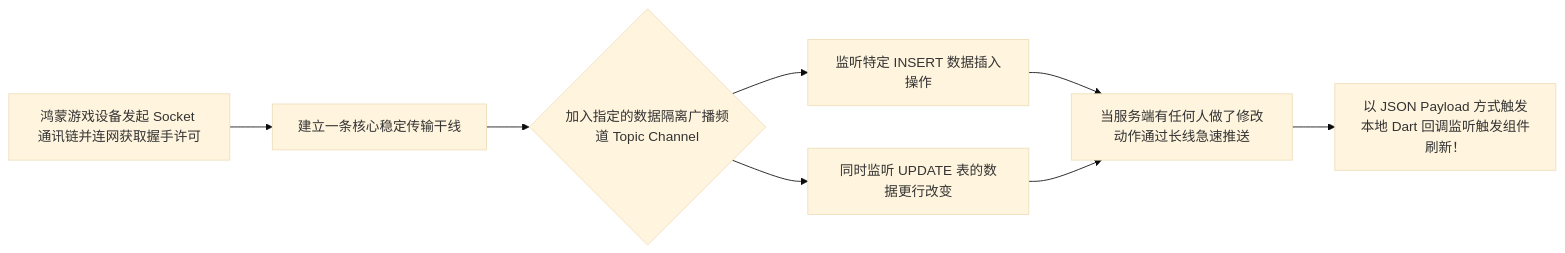
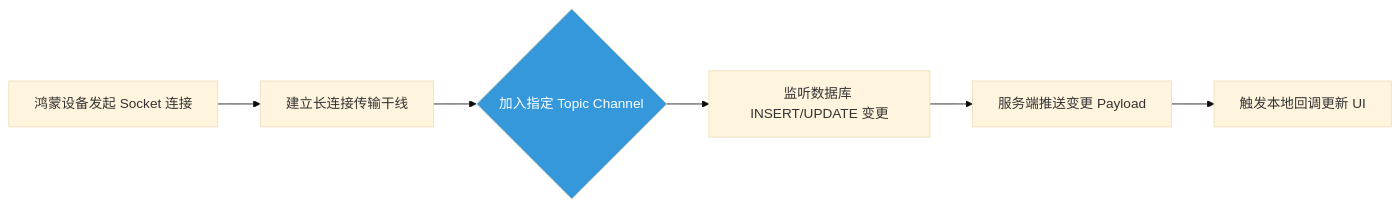
The diagram in posts/2026/0221/realtime_client.md (happyphper/blog), drawn with Mermaid (base theme) before and after one commit. The commit also changed other lines of this file and 5 other files, not shown here.

````diff
--- a/posts/2026/0221/realtime_client.md
+++ b/posts/2026/0221/realtime_client.md
@@ -16,9 +30,9 @@
 ```mermaid
 graph LR
-    A[鸿蒙游戏设备发起 Socket 通讯链并连网获取握手许可] --> B[建立一条核心稳定传输干线]
-    B --> C{加入指定的数据隔离广播频道 Topic Channel}
-    C --> D[监听特定 INSERT 数据插入操作]
-    C --> E[同时监听 UPDATE 表的数据更行改变]
-    D & E --> F[当服务端有任何人做了修改动作通过长线急速推送]
-    F --> G[以 JSON Payload 方式触发本地 Dart 回调监听触发组件刷新！]
+    A[鸿蒙设备发起 Socket 连接] --> B[建立长连接传输干线]
+    B --> C{加入指定 Topic Channel}
+    C --> D[监听数据库 INSERT/UPDATE 变更]
+    D --> E[服务端推送变更 Payload]
+    E --> F[触发本地回调更新 UI]
+    style C fill:#3498db,color:white
 ```
````
